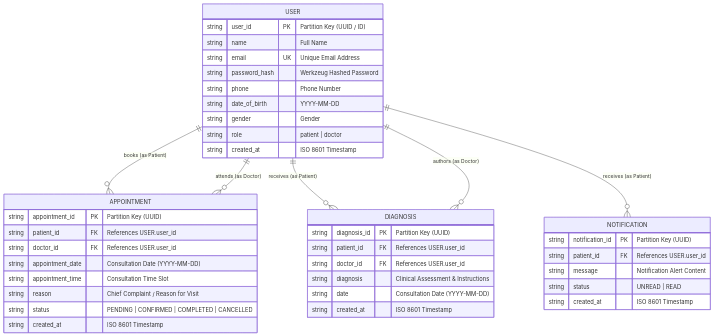
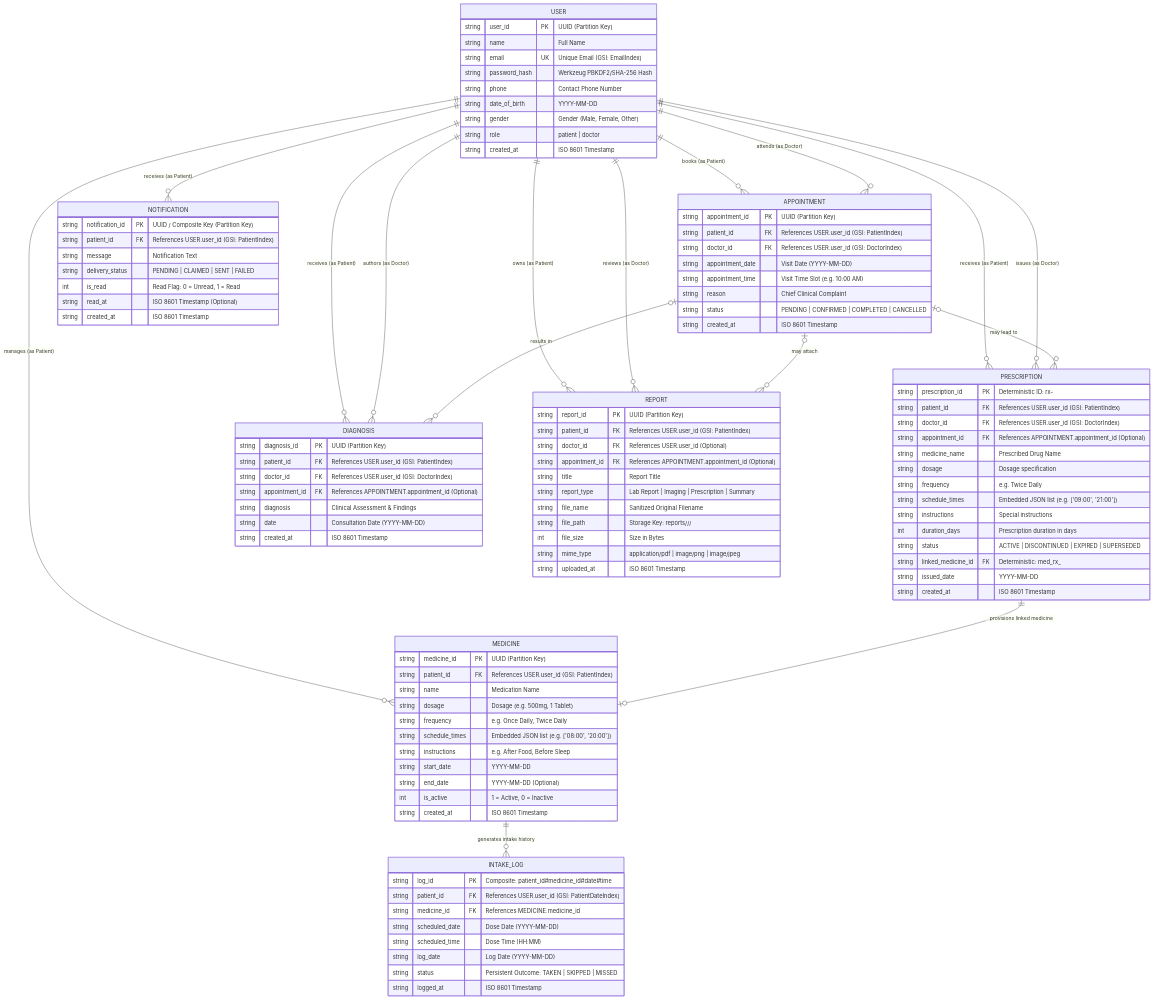
Before and after one commit to JohnsenAbraham/MedTrack: the diagram in docs/ER-Diagram.md, drawn with Mermaid. The commit also changed other lines of this file and 55 other files, not shown here.

````diff
--- a/docs/ER-Diagram.md
+++ b/docs/ER-Diagram.md
@@ -10,48 +14,117 @@
 ```mermaid
 erDiagram
+    USER ||--o{ MEDICINE : "manages (as Patient)"
+    USER ||--o{ APPOINTMENT : "books (as Patient)"
+    USER ||--o{ APPOINTMENT : "attends (as Doctor)"
+    USER ||--o{ PRESCRIPTION : "receives (as Patient)"
+    USER ||--o{ PRESCRIPTION : "issues (as Doctor)"
+    USER ||--o{ DIAGNOSIS : "receives (as Patient)"
+    USER ||--o{ DIAGNOSIS : "authors (as Doctor)"
+    USER ||--o{ REPORT : "owns (as Patient)"
+    USER ||--o{ REPORT : "reviews (as Doctor)"
+    USER ||--o{ NOTIFICATION : "receives (as Patient)"
+    MEDICINE ||--o{ INTAKE_LOG : "generates intake history"
+    PRESCRIPTION ||--o| MEDICINE : "provisions linked medicine"
+    APPOINTMENT |o--o{ PRESCRIPTION : "may lead to"
+    APPOINTMENT |o--o{ DIAGNOSIS : "results in"
+    APPOINTMENT |o--o{ REPORT : "may attach"
+
     USER {
-        string user_id PK "Partition Key (UUID / ID)"
+        string user_id PK "UUID (Partition Key)"
         string name "Full Name"
-        string email UK "Unique Email Address"
-        string password_hash "Werkzeug Hashed Password"
-        string phone "Phone Number"
+        string email UK "Unique Email (GSI: EmailIndex)"
+        string password_hash "Werkzeug PBKDF2/SHA-256 Hash"
+        string phone "Contact Phone Number"
         string date_of_birth "YYYY-MM-DD"
-        string gender "Gender"
+        string gender "Gender (Male, Female, Other)"
         string role "patient | doctor"
         string created_at "ISO 8601 Timestamp"
     }
 
+    MEDICINE {
+        string medicine_id PK "UUID (Partition Key)"
+        string patient_id FK "References USER.user_id (GSI: PatientIndex)"
+        string name "Medication Name"
+        string dosage "Dosage (e.g. 500mg, 1 Tablet)"
+        string frequency "e.g. Once Daily, Twice Daily"
+        string schedule_times "Embedded JSON list (e.g. ['08:00', '20:00'])"
+        string instructions "e.g. After Food, Before Sleep"
+        string start_date "YYYY-MM-DD"
+        string end_date "YYYY-MM-DD (Optional)"
+        int is_active "1 = Active, 0 = Inactive"
+        string created_at "ISO 8601 Timestamp"
+    }
+
+    INTAKE_LOG {
+        string log_id PK "Composite: patient_id#medicine_id#date#time"
+        string patient_id FK "References USER.user_id (GSI: PatientDateIndex)"
+        string medicine_id FK "References MEDICINE.medicine_id"
+        string scheduled_date "Dose Date (YYYY-MM-DD)"
+        string scheduled_time "Dose Time (HH:MM)"
+        string log_date "Log Date (YYYY-MM-DD)"
+        string status "Persistent Outcome: TAKEN | SKIPPED | MISSED"
+        string logged_at "ISO 8601 Timestamp"
+    }
+
     APPOINTMENT {
-        string appointment_id PK "Partition Key (UUID)"
-        string patient_id FK "References USER.user_id"
-        string doctor_id FK "References USER.user_id"
-        string appointment_date "Consultation Date (YYYY-MM-DD)"
-        string appointment_time "Consultation Time Slot"
-        string reason "Chief Complaint / Reason for Visit"
+        string appointment_id PK "UUID (Partition Key)"
+        string patient_id FK "References USER.user_id (GSI: PatientIndex)"
+        string doctor_id FK "References USER.user_id (GSI: DoctorIndex)"
+        string appointment_date "Visit Date (YYYY-MM-DD)"
+        string appointment_time "Visit Time Slot (e.g. 10:00 AM)"
+        string reason "Chief Clinical Complaint"
         string status "PENDING | CONFIRMED | COMPLETED | CANCELLED"
         string created_at "ISO 8601 Timestamp"
     }
 
+    PRESCRIPTION {
+        string prescription_id PK "Deterministic ID: rx-<uuid>"
+        string patient_id FK "References USER.user_id (GSI: PatientIndex)"
+        string doctor_id FK "References USER.user_id (GSI: DoctorIndex)"
+        string appointment_id FK "References APPOINTMENT.appointment_id (Optional)"
+        string medicine_name "Prescribed Drug Name"
+        string dosage "Dosage specification"
+        string frequency "e.g. Twice Daily"
+        string schedule_times "Embedded JSON list (e.g. ['09:00', '21:00'])"
+        string instructions "Special instructions"
+        int duration_days "Prescription duration in days"
+        string status "ACTIVE | DISCONTINUED | EXPIRED | SUPERSEDED"
+        string linked_medicine_id FK "Deterministic: med_rx_<prescription_id>"
+        string issued_date "YYYY-MM-DD"
+        string created_at "ISO 8601 Timestamp"
+    }
+
     DIAGNOSIS {
-        string diagnosis_id PK "Partition Key (UUID)"
-        string patient_id FK "References USER.user_id"
-        string doctor_id FK "References USER.user_id"
-        string diagnosis "Clinical Assessment & Instructions"
+        string diagnosis_id PK "UUID (Partition Key)"
+        string patient_id FK "References USER.user_id (GSI: PatientIndex)"
+        string doctor_id FK "References USER.user_id (GSI: DoctorIndex)"
+        string appointment_id FK "References APPOINTMENT.appointment_id (Optional)"
+        string diagnosis "Clinical Assessment & Findings"
         string date "Consultation Date (YYYY-MM-DD)"
         string created_at "ISO 8601 Timestamp"
     }
 
+    REPORT {
+        string report_id PK "UUID (Partition Key)"
+        string patient_id FK "References USER.user_id (GSI: PatientIndex)"
+        string doctor_id FK "References USER.user_id (Optional)"
+        string appointment_id FK "References APPOINTMENT.appointment_id (Optional)"
+        string title "Report Title"
+        string report_type "Lab Report | Imaging | Prescription | Summary"
+        string file_name "Sanitized Original Filename"
+        string file_path "Storage Key: reports/<patient_id>/<report_id>/<file>"
+        int file_size "Size in Bytes"
+        string mime_type "application/pdf | image/png | image/jpeg"
+        string uploaded_at "ISO 8601 Timestamp"
+    }
+
     NOTIFICATION {
-        string notification_id PK "Partition Key (UUID)"
-        string patient_id FK "References USER.user_id"
-        string message "Notification Alert Content"
-        string status "UNREAD | READ"
+        string notification_id PK "UUID / Composite Key (Partition Key)"
+        string patient_id FK "References USER.user_id (GSI: PatientIndex)"
+        string message "Notification Text"
+        string delivery_status "PENDING | CLAIMED | SENT | FAILED"
+        int is_read "Read Flag: 0 = Unread, 1 = Read"
+        string read_at "ISO 8601 Timestamp (Optional)"
         string created_at "ISO 8601 Timestamp"
     }
-
-    USER ||--o{ APPOINTMENT : "books (as Patient)"
-    USER ||--o{ APPOINTMENT : "attends (as Doctor)"
-    USER ||--o{ DIAGNOSIS : "receives (as Patient)"
-    USER ||--o{ DIAGNOSIS : "authors (as Doctor)"
-    USER ||--o{ NOTIFICATION : "receives (as Patient)"
 ```
````
